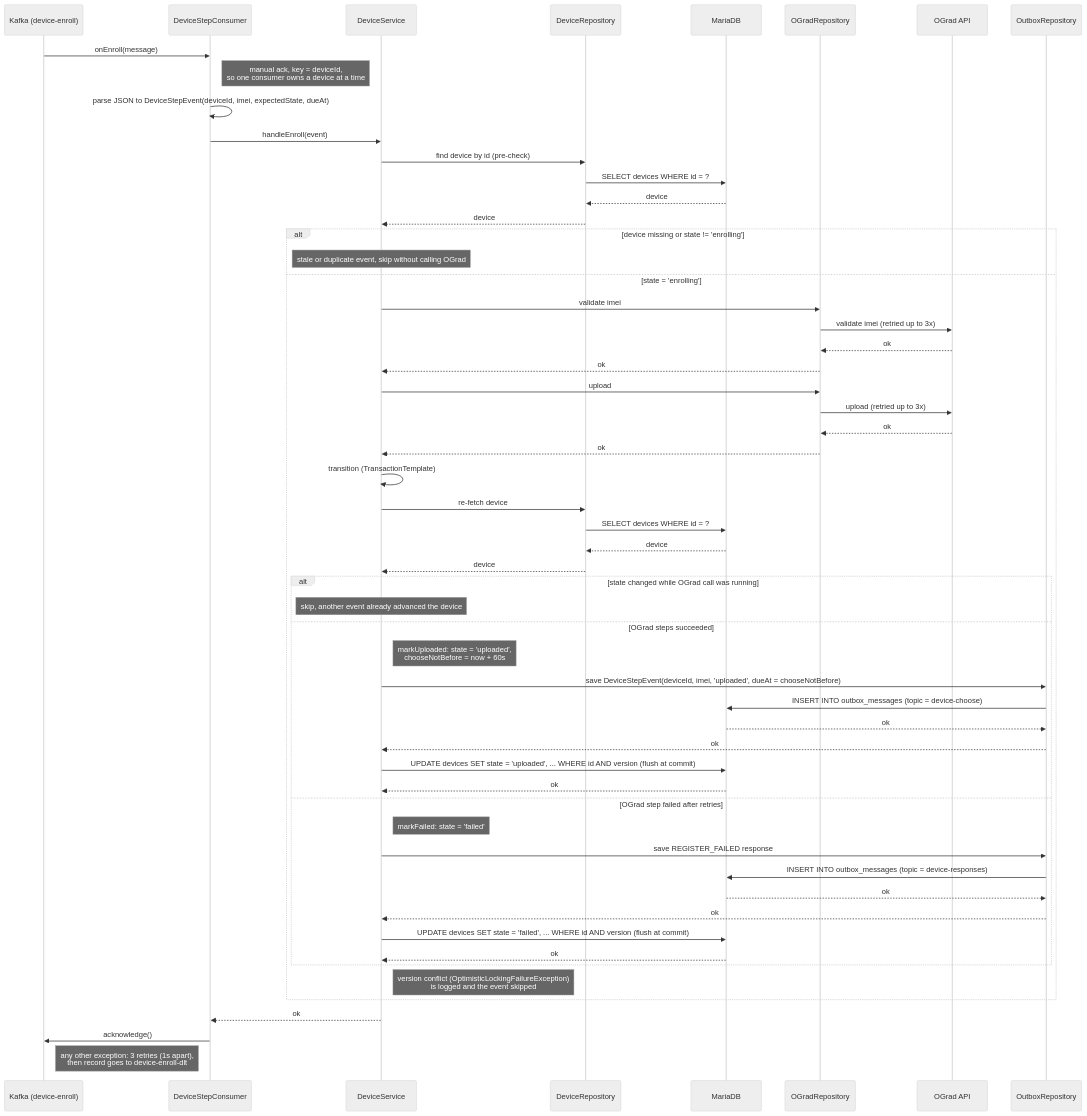
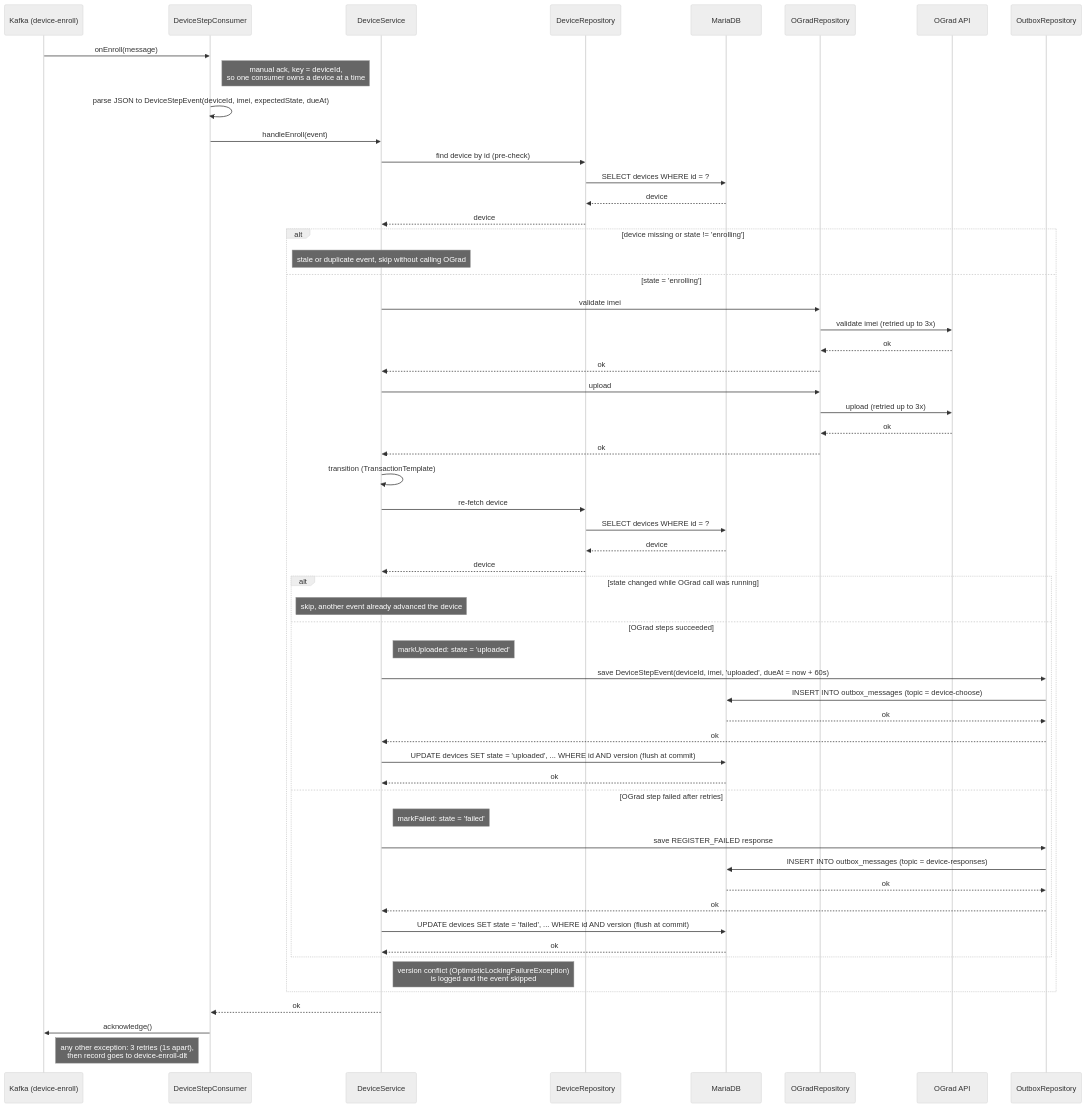
The diagram in docs/enroll-step-sequence.md (tsongpon/gard-service), drawn with Mermaid (neutral theme) before and after one commit. The commit also changed 7 other files, not shown here.

First line of the commit message:
Remove Device fields replaced by Kafka step events

````diff
--- a/docs/enroll-step-sequence.md
+++ b/docs/enroll-step-sequence.md
@@ -7,65 +7,65 @@
 ```mermaid
 sequenceDiagram
     participant Kafka as Kafka (device-enroll)
     participant DeviceStepConsumer
     participant DeviceService
     participant DeviceRepository
     participant MariaDB
     participant OGradRepository
     participant OGrad API
     participant OutboxRepository
 
     Kafka->>DeviceStepConsumer: onEnroll(message)
     Note right of DeviceStepConsumer: manual ack, key = deviceId,<br/>so one consumer owns a device at a time
     DeviceStepConsumer->>DeviceStepConsumer: parse JSON to DeviceStepEvent(deviceId, imei, expectedState, dueAt)
     DeviceStepConsumer->>DeviceService: handleEnroll(event)
 
     DeviceService->>DeviceRepository: find device by id (pre-check)
     DeviceRepository->>MariaDB: SELECT devices WHERE id = ?
     MariaDB-->>DeviceRepository: device
     DeviceRepository-->>DeviceService: device
 
     alt device missing or state != 'enrolling'
         Note over DeviceService: stale or duplicate event, skip without calling OGrad
     else state = 'enrolling'
         DeviceService->>OGradRepository: validate imei
         OGradRepository->>OGrad API: validate imei (retried up to 3x)
         OGrad API-->>OGradRepository: ok
         OGradRepository-->>DeviceService: ok
         DeviceService->>OGradRepository: upload
         OGradRepository->>OGrad API: upload (retried up to 3x)
         OGrad API-->>OGradRepository: ok
         OGradRepository-->>DeviceService: ok
 
         DeviceService->>DeviceService: transition (TransactionTemplate)
         DeviceService->>DeviceRepository: re-fetch device
         DeviceRepository->>MariaDB: SELECT devices WHERE id = ?
         MariaDB-->>DeviceRepository: device
         DeviceRepository-->>DeviceService: device
 
         alt state changed while OGrad call was running
             Note over DeviceService: skip, another event already advanced the device
         else OGrad steps succeeded
-            Note right of DeviceService: markUploaded: state = 'uploaded',<br/>chooseNotBefore = now + 60s
-            DeviceService->>OutboxRepository: save DeviceStepEvent(deviceId, imei, 'uploaded', dueAt = chooseNotBefore)
+            Note right of DeviceService: markUploaded: state = 'uploaded'
+            DeviceService->>OutboxRepository: save DeviceStepEvent(deviceId, imei, 'uploaded', dueAt = now + 60s)
             OutboxRepository->>MariaDB: INSERT INTO outbox_messages (topic = device-choose)
             MariaDB-->>OutboxRepository: ok
             OutboxRepository-->>DeviceService: ok
             DeviceService->>MariaDB: UPDATE devices SET state = 'uploaded', ... WHERE id AND version (flush at commit)
             MariaDB-->>DeviceService: ok
         else OGrad step failed after retries
             Note right of DeviceService: markFailed: state = 'failed'
             DeviceService->>OutboxRepository: save REGISTER_FAILED response
             OutboxRepository->>MariaDB: INSERT INTO outbox_messages (topic = device-responses)
             MariaDB-->>OutboxRepository: ok
             OutboxRepository-->>DeviceService: ok
             DeviceService->>MariaDB: UPDATE devices SET state = 'failed', ... WHERE id AND version (flush at commit)
             MariaDB-->>DeviceService: ok
         end
         Note right of DeviceService: version conflict (OptimisticLockingFailureException)<br/>is logged and the event skipped
     end
 
     DeviceService-->>DeviceStepConsumer: ok
     DeviceStepConsumer->>Kafka: acknowledge()
     Note right of Kafka: any other exception: 3 retries (1s apart),<br/>then record goes to device-enroll-dlt
 ```
````
